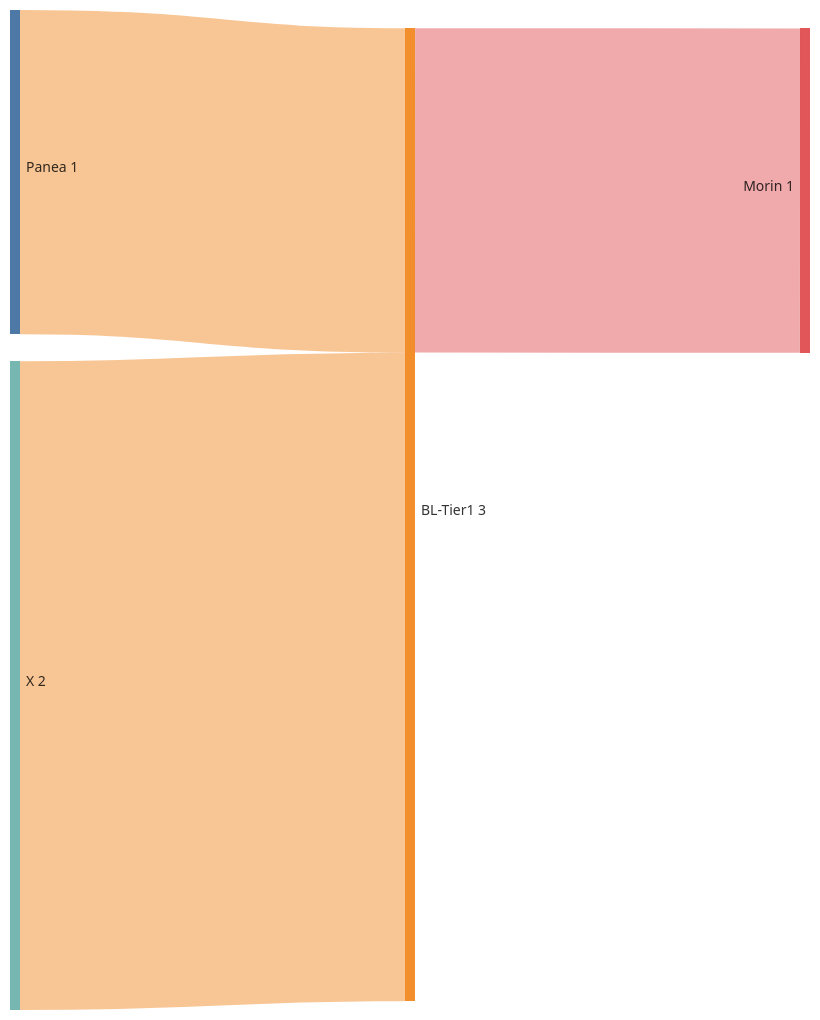
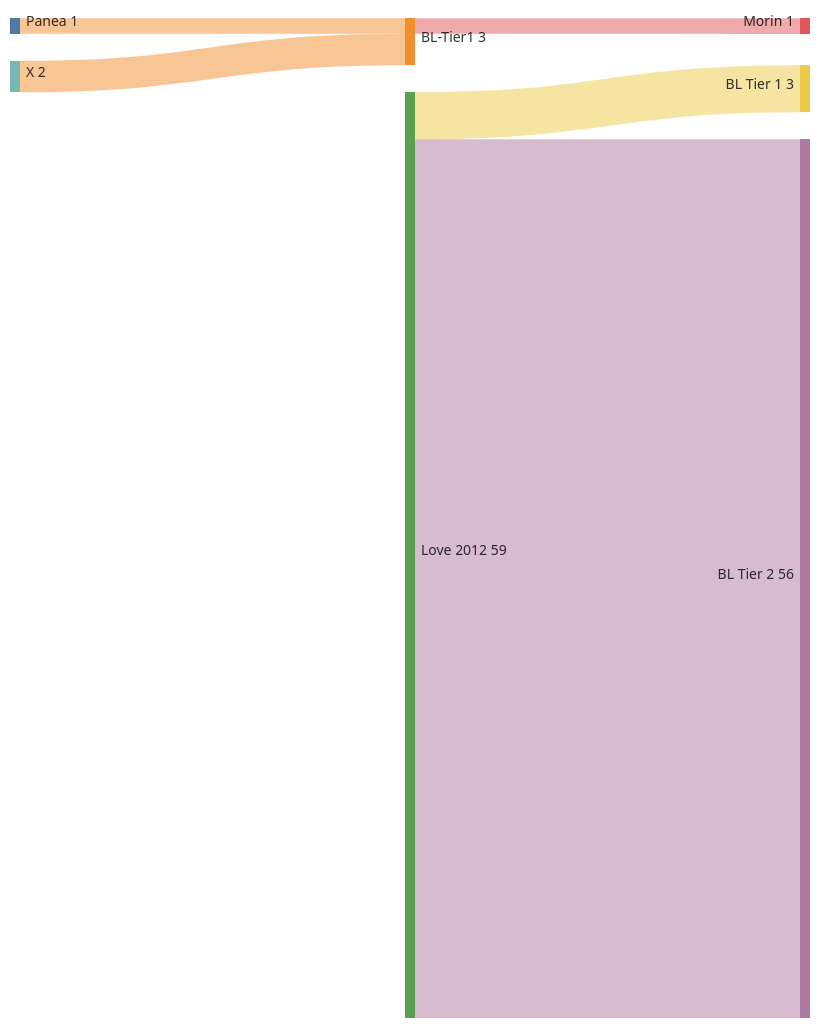
Before and after one commit to morinlab/lymphopedia: the diagram in sankey_test.md, drawn with Mermaid.

````diff
--- a/sankey_test.md
+++ b/sankey_test.md
@@ -1,15 +1,17 @@
 ```mermaid
 ---
 config:
   sankey:
     showValues: true
     linkColor: target
     width: 800
     height: 1000
     nodeAlignment: right
 ---
 sankey-beta
 Panea, BL-Tier1, 1
 BL-Tier1, Morin, 1
 X, BL-Tier1, 2
+Love 2012, BL Tier 1, 3
+Love 2012, BL Tier 2, 56
 ```
````
